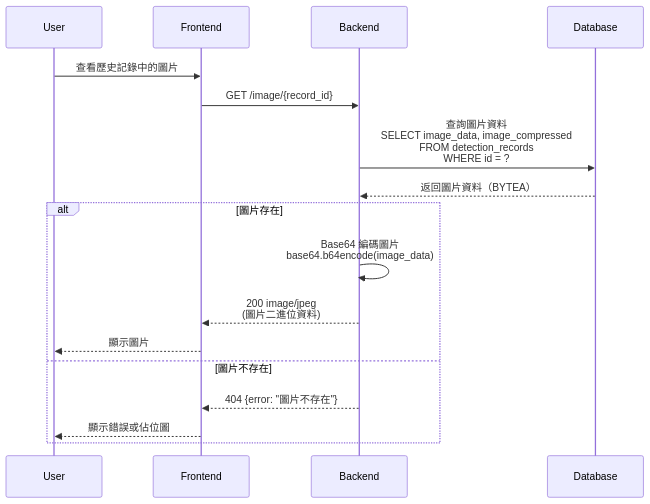
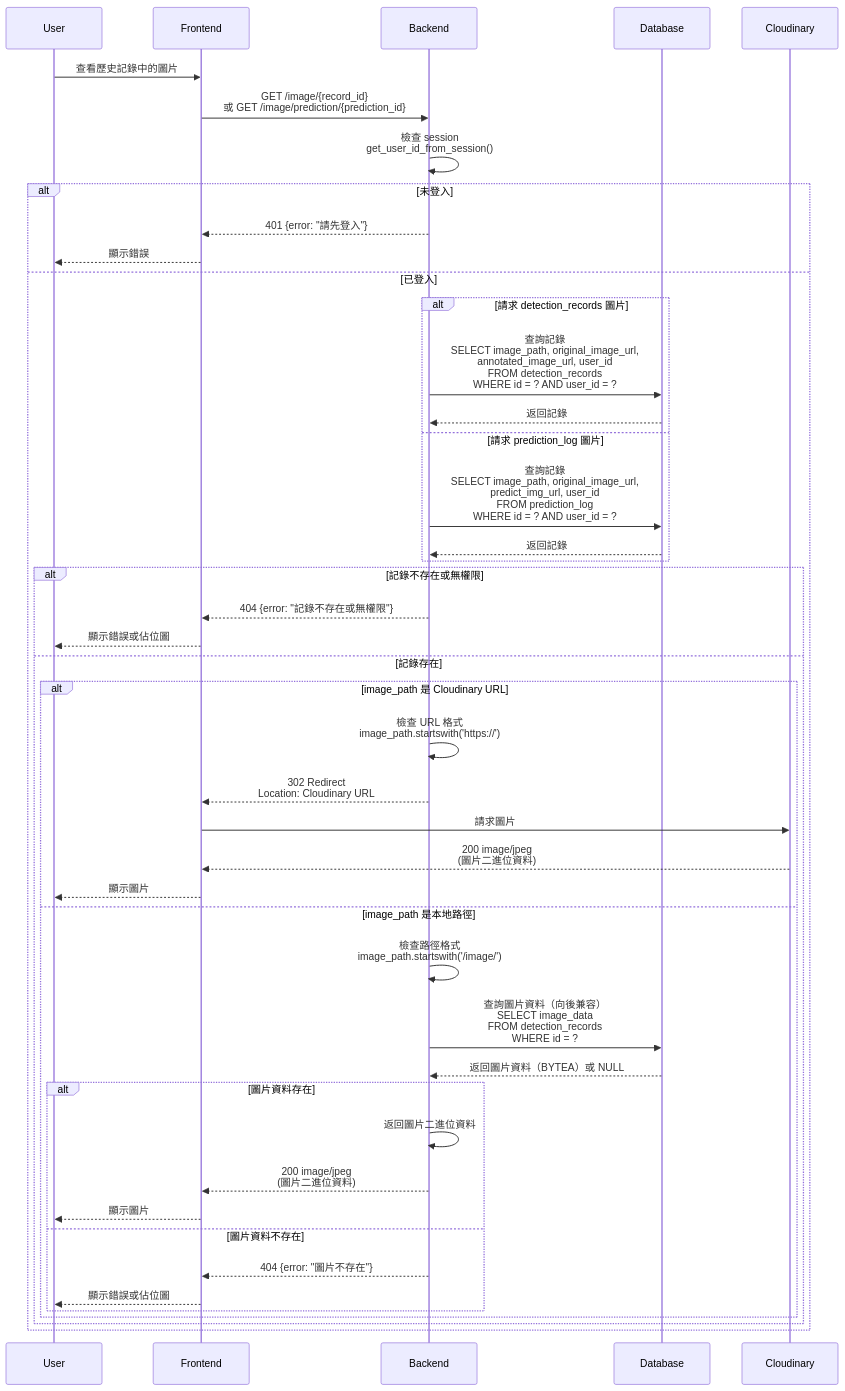
Before and after one commit to szweijin/Leaf_Disease_AI: the sixth of 8 diagrams in docs/sequences_diagram.md, drawn with Mermaid. The commit also changed other lines of this file and 31 other files, not shown here.

````diff
--- a/docs/sequences_diagram.md
+++ b/docs/sequences_diagram.md
@@ -252,22 +313,52 @@
 ```mermaid
 sequenceDiagram
     participant User
     participant Frontend
     participant Backend
     participant Database
+    participant Cloudinary
 
     User->>Frontend: 查看歷史記錄中的圖片
-    Frontend->>Backend: GET /image/{record_id}
+    Frontend->>Backend: GET /image/{record_id}<br/>或 GET /image/prediction/{prediction_id}
 
-    Backend->>Database: 查詢圖片資料<br/>SELECT image_data, image_compressed<br/>FROM detection_records<br/>WHERE id = ?
-    Database-->>Backend: 返回圖片資料（BYTEA）
+    Backend->>Backend: 檢查 session<br/>get_user_id_from_session()
 
-    alt 圖片存在
-        Backend->>Backend: Base64 編碼圖片<br/>base64.b64encode(image_data)
-        Backend-->>Frontend: 200 image/jpeg<br/>(圖片二進位資料)
-        Frontend-->>User: 顯示圖片
-    else 圖片不存在
-        Backend-->>Frontend: 404 {error: "圖片不存在"}
-        Frontend-->>User: 顯示錯誤或佔位圖
+    alt 未登入
+        Backend-->>Frontend: 401 {error: "請先登入"}
+        Frontend-->>User: 顯示錯誤
+    else 已登入
+        alt 請求 detection_records 圖片
+            Backend->>Database: 查詢記錄<br/>SELECT image_path, original_image_url,<br/>annotated_image_url, user_id<br/>FROM detection_records<br/>WHERE id = ? AND user_id = ?
+            Database-->>Backend: 返回記錄
+        else 請求 prediction_log 圖片
+            Backend->>Database: 查詢記錄<br/>SELECT image_path, original_image_url,<br/>predict_img_url, user_id<br/>FROM prediction_log<br/>WHERE id = ? AND user_id = ?
+            Database-->>Backend: 返回記錄
+        end
+
+        alt 記錄不存在或無權限
+            Backend-->>Frontend: 404 {error: "記錄不存在或無權限"}
+            Frontend-->>User: 顯示錯誤或佔位圖
+        else 記錄存在
+            alt image_path 是 Cloudinary URL
+                Backend->>Backend: 檢查 URL 格式<br/>image_path.startswith('https://')
+                Backend-->>Frontend: 302 Redirect<br/>Location: Cloudinary URL
+                Frontend->>Cloudinary: 請求圖片
+                Cloudinary-->>Frontend: 200 image/jpeg<br/>(圖片二進位資料)
+                Frontend-->>User: 顯示圖片
+            else image_path 是本地路徑
+                Backend->>Backend: 檢查路徑格式<br/>image_path.startswith('/image/')
+                Backend->>Database: 查詢圖片資料（向後兼容）<br/>SELECT image_data<br/>FROM detection_records<br/>WHERE id = ?
+                Database-->>Backend: 返回圖片資料（BYTEA）或 NULL
+
+                alt 圖片資料存在
+                    Backend->>Backend: 返回圖片二進位資料
+                    Backend-->>Frontend: 200 image/jpeg<br/>(圖片二進位資料)
+                    Frontend-->>User: 顯示圖片
+                else 圖片資料不存在
+                    Backend-->>Frontend: 404 {error: "圖片不存在"}
+                    Frontend-->>User: 顯示錯誤或佔位圖
+                end
+            end
+        end
     end
 ```
````
